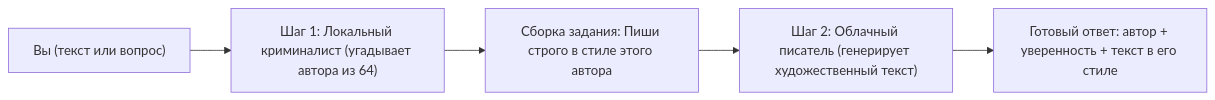
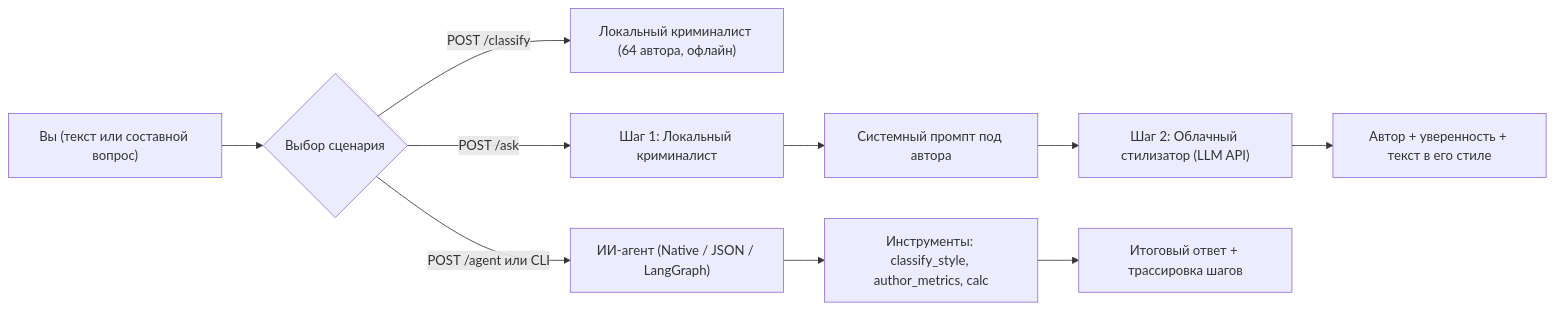
The diagram in docs/USER_GUIDE.md (dsv-lt/SovTeh), drawn with Mermaid before and after one commit. The commit also changed other lines of this file and 4 other files, not shown here.

Commit message:
docs: align architecture, technical docs, user guide, report, and README

````diff
--- a/docs/USER_GUIDE.md
+++ b/docs/USER_GUIDE.md
@@ -17,7 +19,12 @@
 ```mermaid
 flowchart LR
-    User["Вы (текст или вопрос)"] --> Stage1["Шаг 1: Локальный криминалист (угадывает автора из 64)"]
-    Stage1 --> Prompt["Сборка задания: Пиши строго в стиле этого автора"]
-    Prompt --> Stage2["Шаг 2: Облачный писатель (генерирует художественный текст)"]
-    Stage2 --> Result["Готовый ответ: автор + уверенность + текст в его стиле"]
+    User["Вы (текст или составной вопрос)"] --> Branch{"Выбор сценария"}
+    Branch -->|"POST /classify"| ClfOnly["Локальный криминалист (64 автора, офлайн)"]
+    Branch -->|"POST /ask"| Stage1["Шаг 1: Локальный криминалист"]
+    Stage1 --> Prompt["Системный промпт под автора"]
+    Prompt --> Stage2["Шаг 2: Облачный стилизатор (LLM API)"]
+    Stage2 --> AskRes["Автор + уверенность + текст в его стиле"]
+    Branch -->|"POST /agent или CLI"| Agent["ИИ-агент (Native / JSON / LangGraph)"]
+    Agent --> Tools["Инструменты: classify_style, author_metrics, calc"]
+    Tools --> AgentRes["Итоговый ответ + трассировка шагов"]
 ```
````
